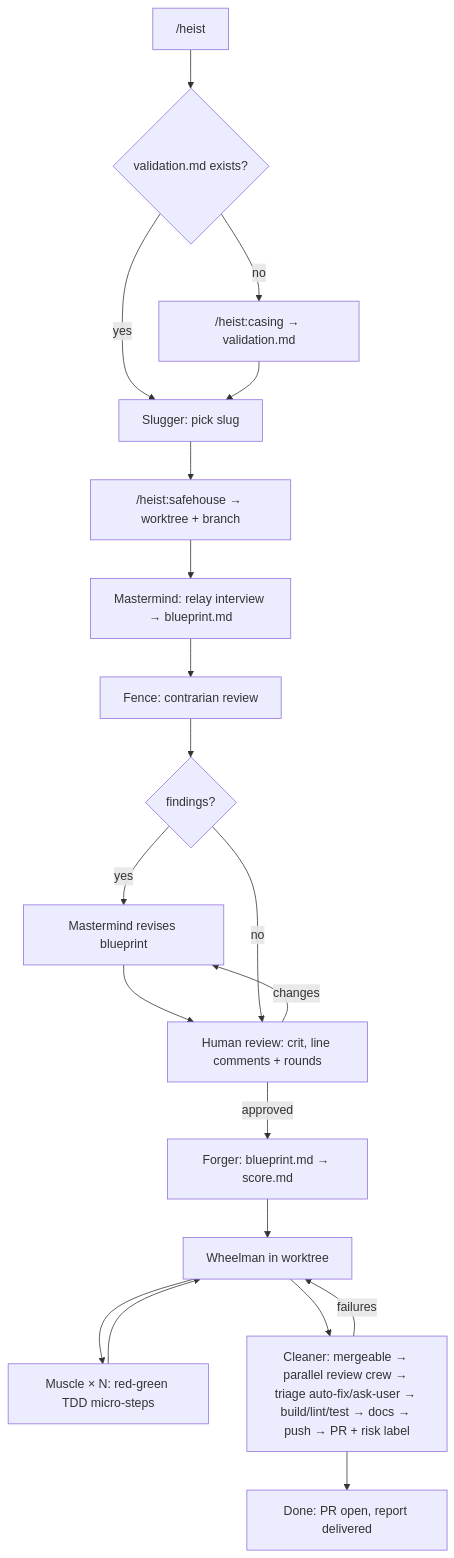
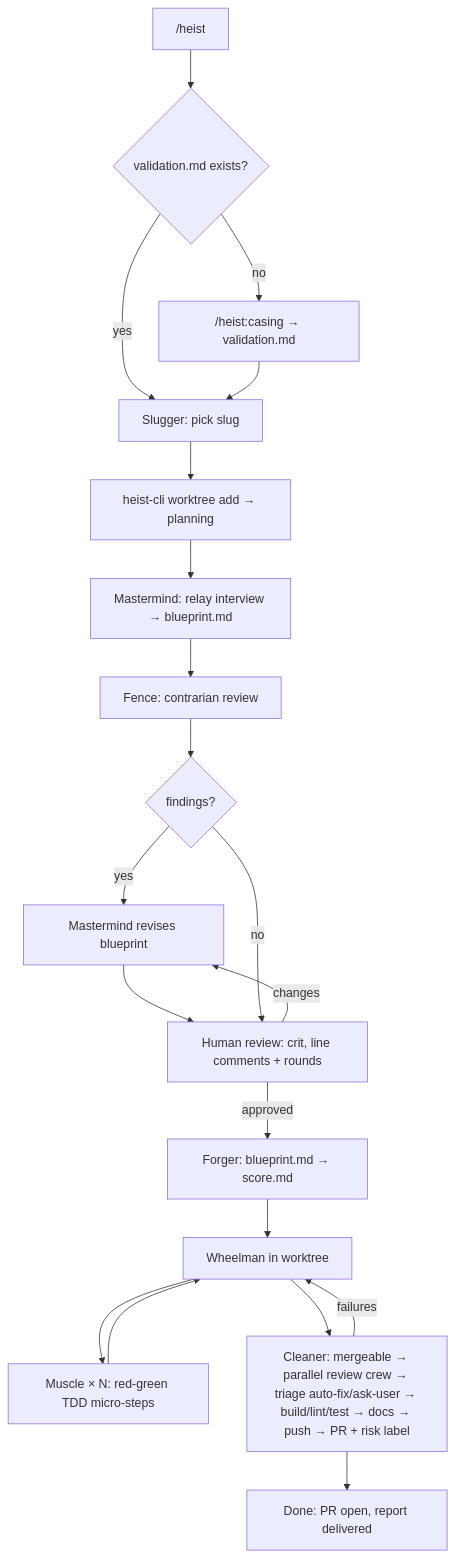
Before and after one commit to GMadorell/heist: the diagram in README.md, drawn with Mermaid. The commit also changed other lines of this file, not shown here.

Commit message:
document plugin/cli layout and heist-cli install in README

````diff
--- a/README.md
+++ b/README.md
@@ -24,21 +24,21 @@
 ```mermaid
 flowchart TD
     A["/heist <slug>"] --> B{validation.md exists?}
     B -- no --> C["/heist:casing → validation.md"]
     B -- yes --> S[Slugger: pick slug]
     C --> S
-    S --> I["/heist:safehouse → worktree + branch"]
+    S --> I["heist-cli worktree add → planning"]
     I --> D[Mastermind: relay interview → blueprint.md]
     D --> E[Fence: contrarian review]
     E --> F{findings?}
     F -- yes --> D2[Mastermind revises blueprint] --> G
     F -- no --> G[Human review: crit, line comments + rounds]
     G -- changes --> D2
     G -- approved --> H[Forger: blueprint.md → score.md]
     H --> J[Wheelman in worktree]
     J --> K[Muscle × N: red-green TDD micro-steps]
     K --> J
     J --> L[Cleaner: mergeable → parallel review crew → triage auto-fix/ask-user → build/lint/test → docs → push → PR + risk label]
     L -- failures --> J
     L --> M[Done: PR open, report delivered]
 ```
````
